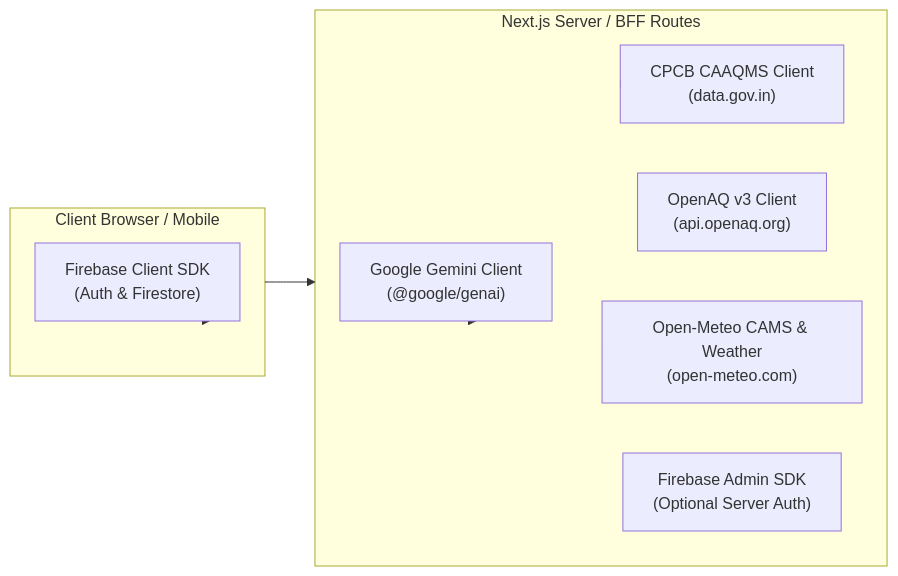
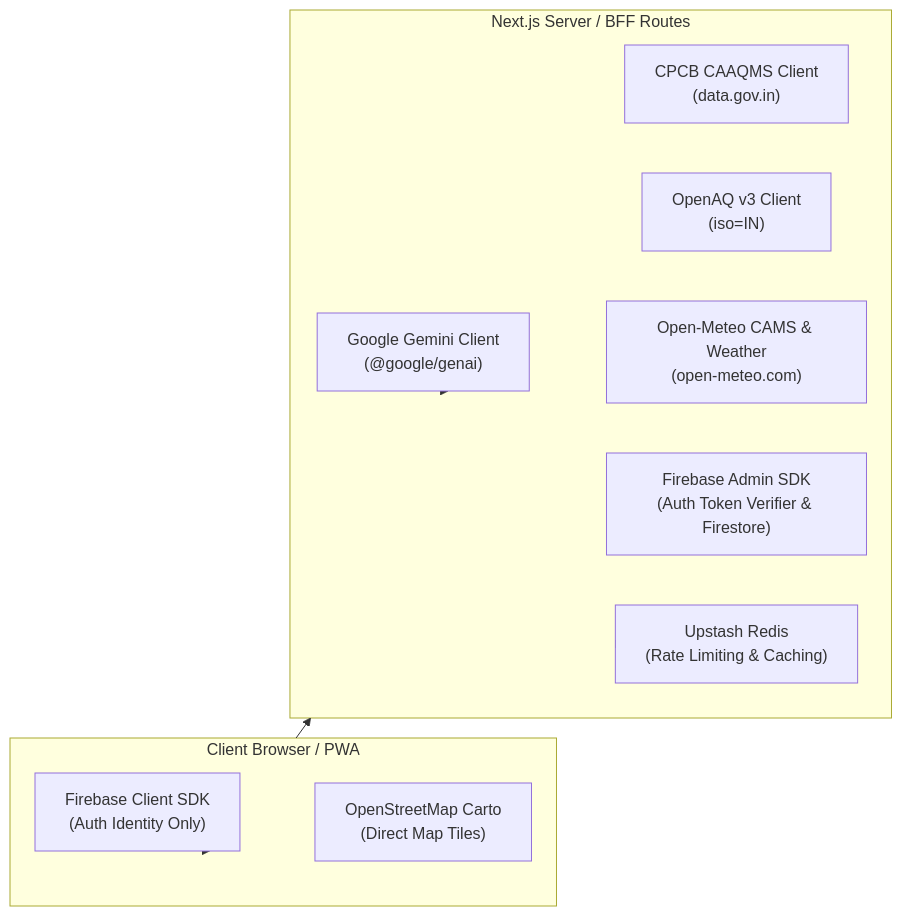
The diagram in docs/api-dependency-matrix.md (agnidiptasarkar123-dev/prompt_6), drawn with Mermaid before and after one commit. The commit also changed other lines of this file and 13 other files, not shown here.

Commit message:
docs: complete Phase 0 architecture audit revisions, decision log, and provenance specifications

````diff
--- a/docs/api-dependency-matrix.md
+++ b/docs/api-dependency-matrix.md
@@ -13,22 +13,26 @@
 ```mermaid
 flowchart LR
-    subgraph Client["Client Browser / Mobile"]
-        FB_Client["Firebase Client SDK\n(Auth & Firestore)"]
+    subgraph Client["Client Browser / PWA"]
+        FB_Client["Firebase Client SDK\n(Auth Identity Only)"]
+        OSM_Tiles["OpenStreetMap Carto\n(Direct Map Tiles)"]
     end
 
     subgraph Backend["Next.js Server / BFF Routes"]
         SRV_Gemini["Google Gemini Client\n(@google/genai)"]
         SRV_CPCB["CPCB CAAQMS Client\n(data.gov.in)"]
-        SRV_OpenAQ["OpenAQ v3 Client\n(api.openaq.org)"]
+        SRV_OpenAQ["OpenAQ v3 Client\n(iso=IN)"]
         SRV_Meteo["Open-Meteo CAMS & Weather\n(open-meteo.com)"]
-        SRV_FB_Admin["Firebase Admin SDK\n(Optional Server Auth)"]
+        SRV_FB_Admin["Firebase Admin SDK\n(Auth Token Verifier & Firestore)"]
+        REDIS_Cache["Upstash Redis\n(Rate Limiting & Caching)"]
     end
 
     Client --> Backend
     Client --> FB_Client
+    Client --> OSM_Tiles
     Backend --> SRV_Gemini
     Backend --> SRV_CPCB
     Backend --> SRV_OpenAQ
     Backend --> SRV_Meteo
     Backend --> SRV_FB_Admin
+    Backend --> REDIS_Cache
 ```
````
